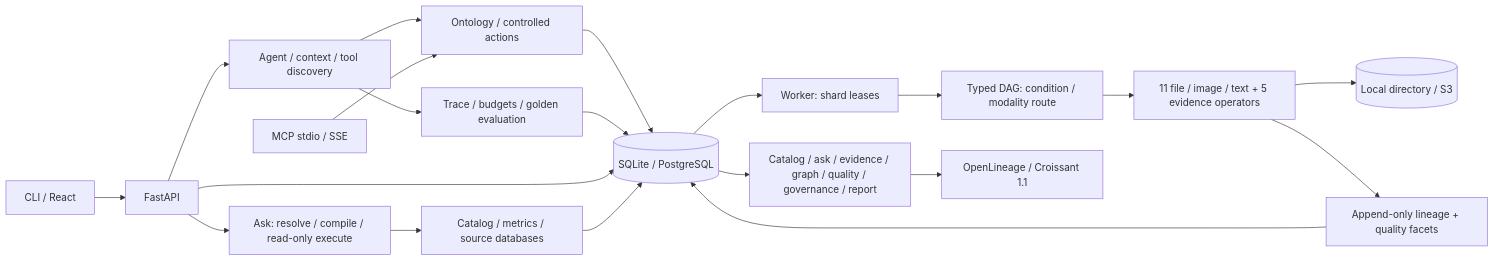
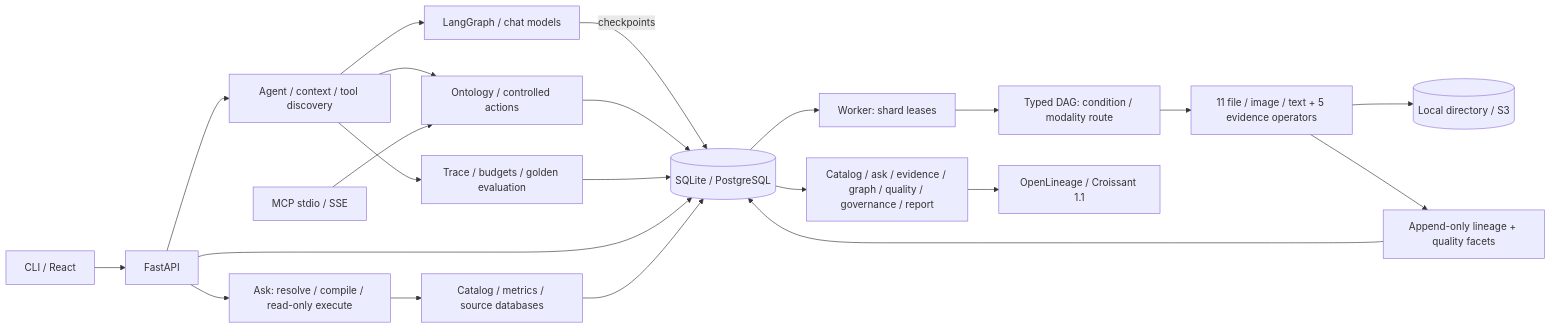
The diagram in README.md (chaw1/datakeel), drawn with Mermaid before and after one commit. The commit also changed other lines of this file and 4 other files, not shown here.

Commit message:
docs(agent): 说明图运行边界与签批恢复约束

````diff
--- a/README.md
+++ b/README.md
@@ -157,22 +159,24 @@
 ```mermaid
 flowchart LR
   CLI[CLI / React] --> API[FastAPI]
   API --> Agent[Agent / context / tool discovery]
+  Agent --> Runtime[LangGraph / chat models]
+  Runtime -->|checkpoints| DB
   Agent --> Actions[Ontology / controlled actions]
   MCP[MCP stdio / SSE] --> Actions
   Actions --> DB
   Agent --> Harness[Trace / budgets / golden evaluation]
   Harness --> DB
   API --> DB[(SQLite / PostgreSQL)]
   DB --> Worker[Worker: shard leases]
   Worker --> DAG[Typed DAG: condition / modality route]
   DAG --> Ops[11 file / image / text + 5 evidence operators]
   Ops --> Objects[(Local directory / S3)]
   Ops --> Events[Append-only lineage + quality facets]
   Events --> DB
   API --> Ask[Ask: resolve / compile / read-only execute]
   Ask --> Catalog[Catalog / metrics / source databases]
   Catalog --> DB
   DB --> Views[Catalog / ask / evidence / graph / quality / governance / report]
   Views --> Export[OpenLineage / Croissant 1.1]
 ```
````
